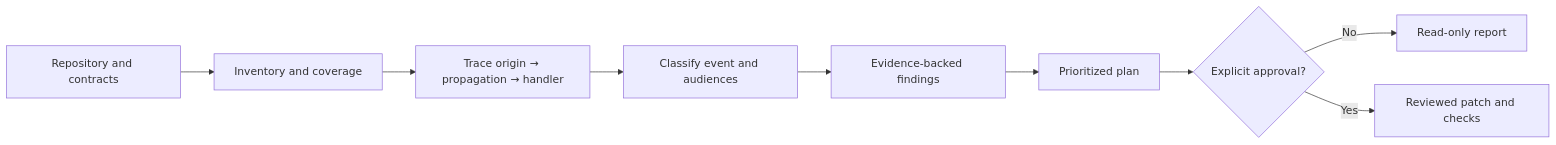
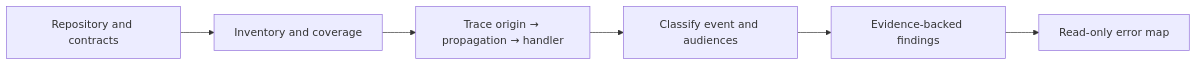
The first of 2 diagrams in README.md (MartinoCastellana/whats-my-error), drawn with Mermaid before and after one commit. The commit also changed other lines of this file and 3 other files, not shown here.

````diff
--- a/README.md
+++ b/README.md
@@ -17,11 +17,8 @@
 ```mermaid
 flowchart LR
  A[Repository and contracts] --> B[Inventory and coverage]
  B --> C[Trace origin → propagation → handler]
  C --> D[Classify event and audiences]
  D --> E[Evidence-backed findings]
- E --> F[Prioritized plan]
- F --> G{Explicit approval?}
- G -- No --> H[Read-only report]
- G -- Yes --> I[Reviewed patch and checks]
+ E --> F[Read-only error map]
 ```
````
